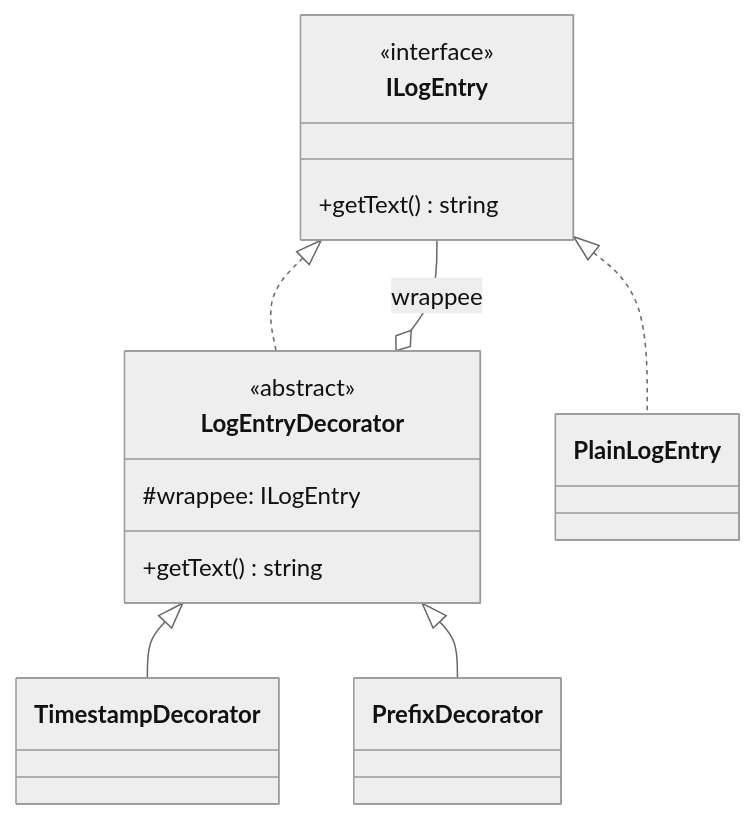
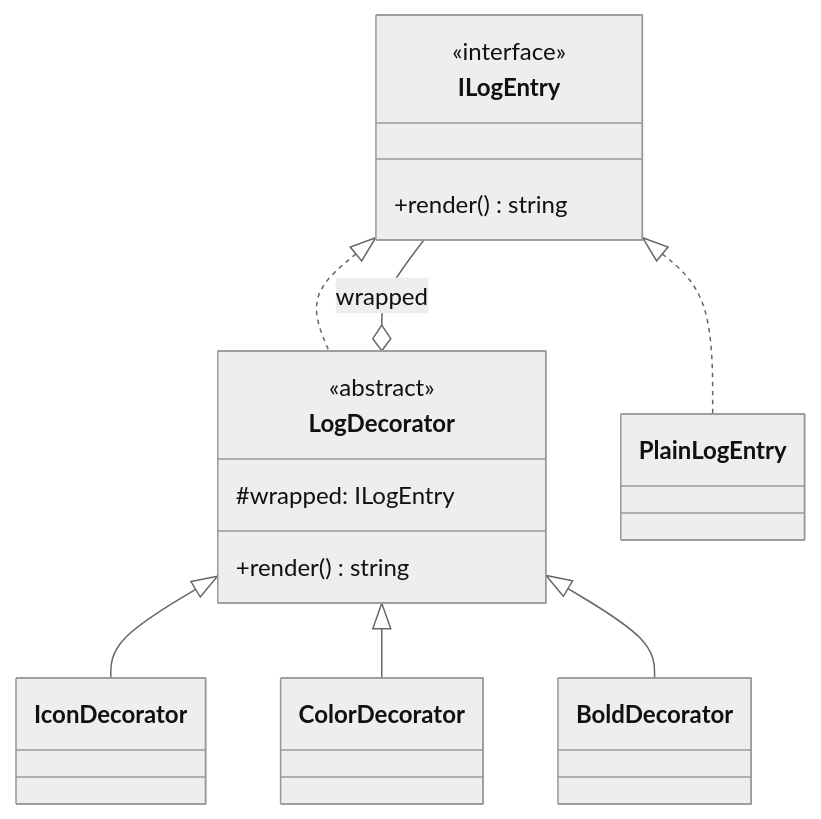
The fifth of 8 diagrams in README.md (Sean11133/XD), drawn with Mermaid (neutral theme) before and after one commit. The commit also changed other lines of this file and 2 other files, not shown here.

Commit message:
docs: align diagrams and redesign ER schema for extensible file types

````diff
--- a/README.md
+++ b/README.md
@@ -557,21 +627,22 @@
 ```mermaid
 classDiagram
     direction TB
 
     class ILogEntry {
         <<interface>>
-        +getText() string
+    +render() string
     }
 
-    class LogEntryDecorator {
+  class LogDecorator {
         <<abstract>>
-        #wrappee: ILogEntry
-        +getText() string
+    #wrapped: ILogEntry
+    +render() string
     }
 
     ILogEntry <|.. PlainLogEntry
-    ILogEntry <|.. LogEntryDecorator
-    LogEntryDecorator <|-- TimestampDecorator
-    LogEntryDecorator <|-- PrefixDecorator
-    LogEntryDecorator o-- ILogEntry : wrappee
+  ILogEntry <|.. LogDecorator
+  LogDecorator <|-- IconDecorator
+  LogDecorator <|-- ColorDecorator
+  LogDecorator <|-- BoldDecorator
+  LogDecorator o-- ILogEntry : wrapped
 ```
````
